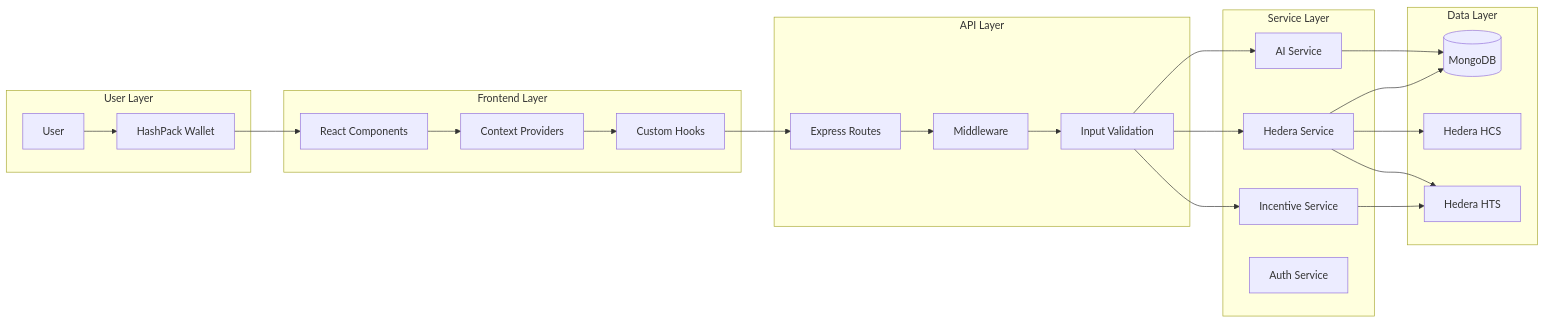
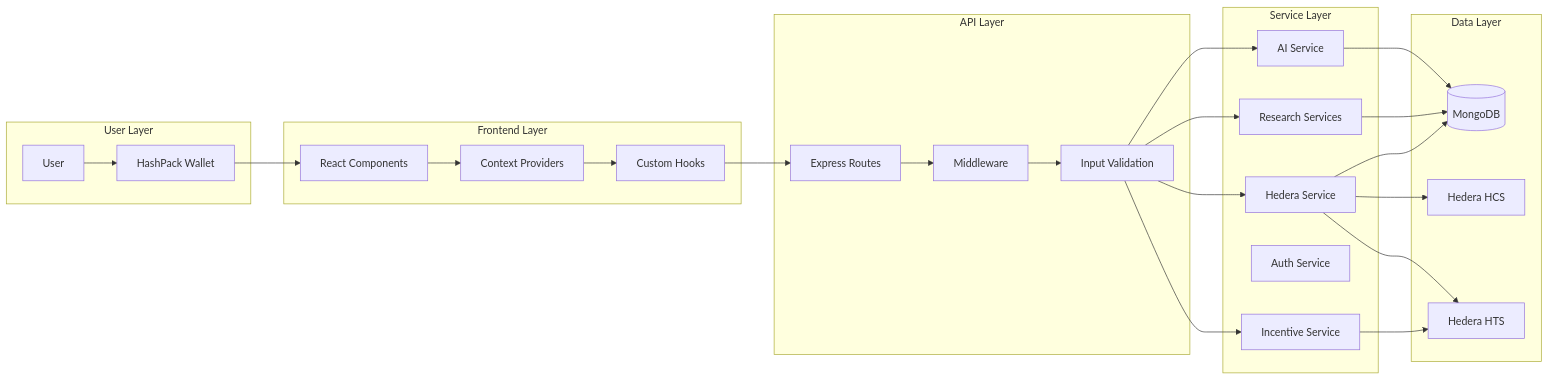
The sixth of 10 diagrams in docs/architecture-diagrams.md (Acoercode/hedera_africa_hackathon), drawn with Mermaid before and after one commit. The commit also changed other lines of this file and 10 other files, not shown here.

````diff
--- a/docs/architecture-diagrams.md
+++ b/docs/architecture-diagrams.md
@@ -211,48 +217,51 @@
 ```mermaid
 graph LR
     subgraph "User Layer"
         U[User]
         HP[HashPack Wallet]
     end
     
     subgraph "Frontend Layer"
         UI[React Components]
         CTX[Context Providers]
         HOOKS[Custom Hooks]
     end
     
     subgraph "API Layer"
         ROUTES[Express Routes]
         MIDDLEWARE[Middleware]
         VALIDATION[Input Validation]
     end
     
     subgraph "Service Layer"
         HEDERA[Hedera Service]
         INC[Incentive Service]
         AI[AI Service]
         AUTH[Auth Service]
+        RESEARCH[Research Services]
     end
     
     subgraph "Data Layer"
         DB[(MongoDB)]
         HCS[Hedera HCS]
         HTS[Hedera HTS]
     end
     
     U --> HP
     HP --> UI
     UI --> CTX
     CTX --> HOOKS
     HOOKS --> ROUTES
     ROUTES --> MIDDLEWARE
     MIDDLEWARE --> VALIDATION
     VALIDATION --> HEDERA
     VALIDATION --> INC
     VALIDATION --> AI
+    VALIDATION --> RESEARCH
     HEDERA --> HCS
     HEDERA --> HTS
     INC --> HTS
     AI --> DB
+    RESEARCH --> DB
     HEDERA --> DB
 ```
````
